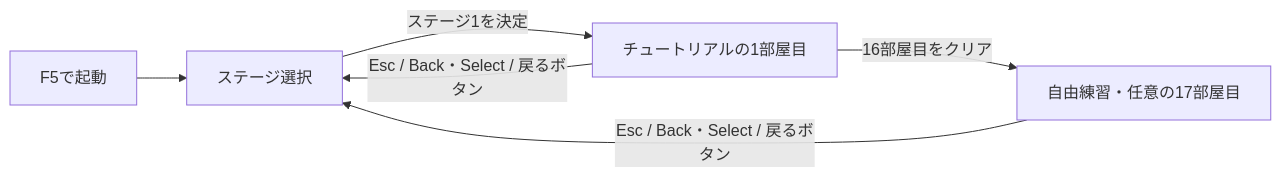
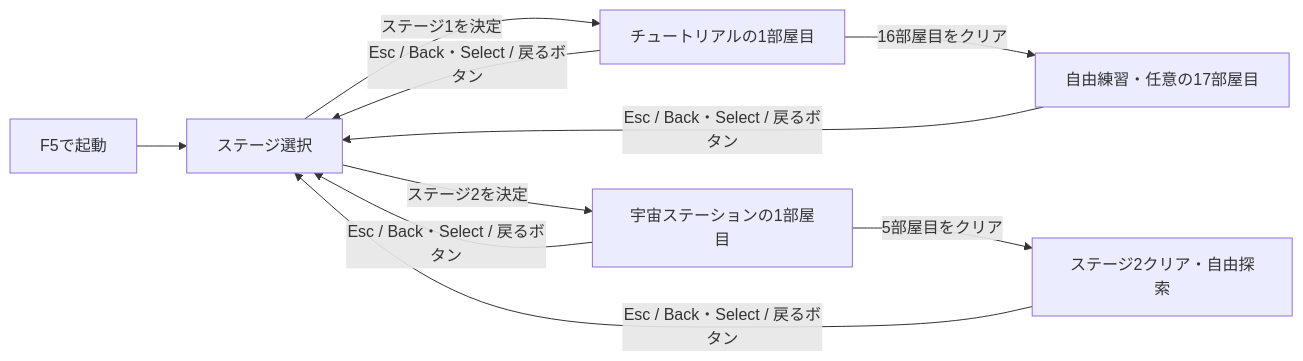
One commit to Foxy-null/2d-space changed the diagram in docs/stage-selection.md. Above: the diagram before and after it, drawn with Mermaid. The commit also changed other lines of this file and 19 other files, not shown here.

````diff
--- a/docs/stage-selection.md
+++ b/docs/stage-selection.md
@@ -42,8 +44,12 @@
 ```mermaid
 flowchart LR
     Start[F5で起動] --> Select[ステージ選択]
     Select -->|ステージ1を決定| Tutorial[チュートリアルの1部屋目]
+    Select -->|ステージ2を決定| Station[宇宙ステーションの1部屋目]
+    Station -->|5部屋目をクリア| Explore[ステージ2クリア・自由探索]
+    Station -->|Esc / Back・Select / 戻るボタン| Select
+    Explore -->|Esc / Back・Select / 戻るボタン| Select
     Tutorial -->|16部屋目をクリア| Practice[自由練習・任意の17部屋目]
     Tutorial -->|Esc / Back・Select / 戻るボタン| Select
     Practice -->|Esc / Back・Select / 戻るボタン| Select
 ```
````
